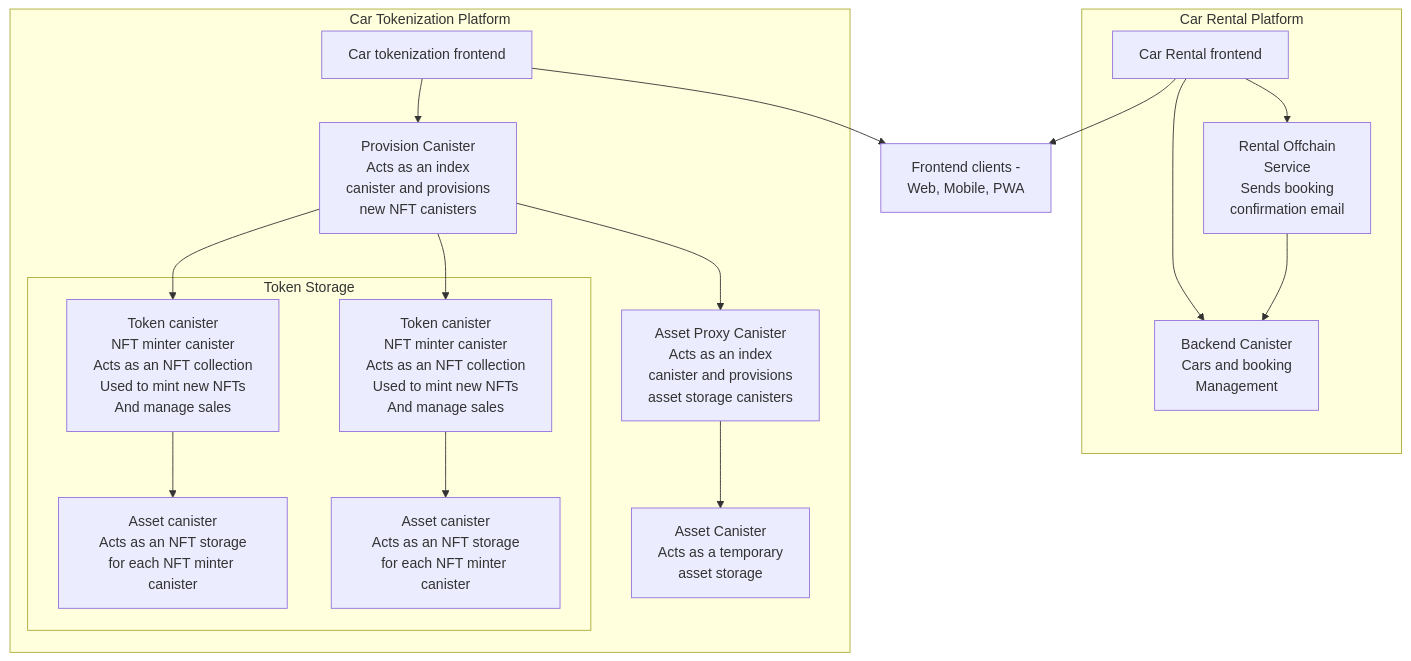
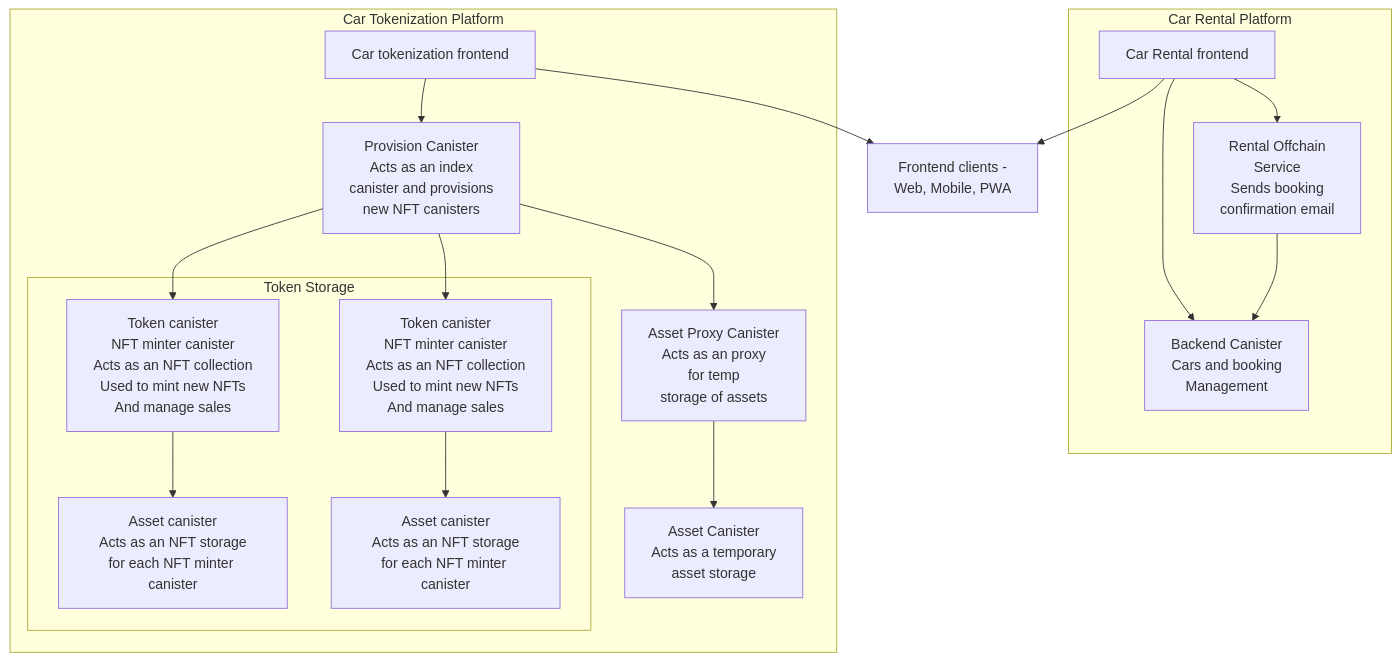
One commit to Fuel-DAO/fuel-dao-backend changed the diagram in Readme.md. Above: the diagram before and after it, drawn with Mermaid. The commit also changed other lines of this file, not shown here.

````diff
--- a/Readme.md
+++ b/Readme.md
@@ -27,45 +27,45 @@
 ```mermaid
 flowchart TD
     %% Car Rental Platform
     subgraph Car_Rental_Platform["Car Rental Platform"]
         CarRentalFrontend["Car Rental frontend"]
         BackendCanister["Backend Canister<br>Cars and booking<br>Management"]
         RentalOffchain["Rental Offchain<br>Service<br>Sends booking<br>confirmation email"]
 
         CarRentalFrontend --> BackendCanister
         CarRentalFrontend --> RentalOffchain
         RentalOffchain --> BackendCanister
     end
 
     %% Car Tokenization Platform
     subgraph Car_Tokenization_Platform["Car Tokenization Platform"]
         CarTokenizationFrontend["Car tokenization frontend"]
         ProvisionCanister["Provision Canister<br>Acts as an index<br>canister and provisions<br>new NFT canisters"]
-        AssetProxyCanister["Asset Proxy Canister<br>Acts as an index<br>canister and provisions<br>asset storage canisters"]
+        AssetProxyCanister["Asset Proxy Canister<br>Acts as an proxy<br>for temp<br>storage of assets"]
         AssetCanister["Asset Canister<br>Acts as a temporary<br>asset storage"]
 
         CarTokenizationFrontend --> ProvisionCanister
         ProvisionCanister --> AssetProxyCanister
         AssetProxyCanister --> AssetCanister
 
         subgraph Token_Storage["Token Storage"]
             TokenCanister1["Token canister<br>NFT minter canister<br>Acts as an NFT collection<br>Used to mint new NFTs<br>And manage sales"]
             AssetCanister1["Asset canister<br>Acts as an NFT storage<br>for each NFT minter canister"]
 
             TokenCanister2["Token canister<br>NFT minter canister<br>Acts as an NFT collection<br>Used to mint new NFTs<br>And manage sales"]
             AssetCanister2["Asset canister<br>Acts as an NFT storage<br>for each NFT minter canister"]
 
             TokenCanister1 --> AssetCanister1
             TokenCanister2 --> AssetCanister2
         end
 
         ProvisionCanister --> TokenCanister1
         ProvisionCanister --> TokenCanister2
     end
 
     %% Frontend Clients
     FrontendClients["Frontend clients -<br>Web, Mobile, PWA"]
 
     CarRentalFrontend --> FrontendClients
     CarTokenizationFrontend --> FrontendClients
 ```
````
